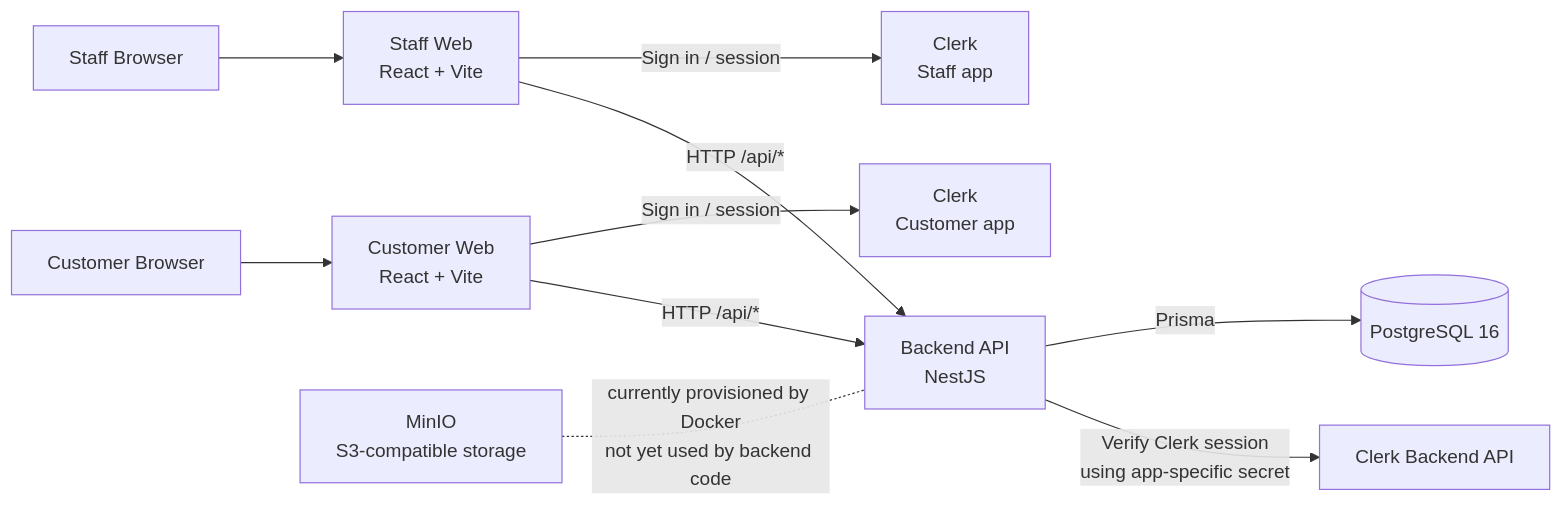
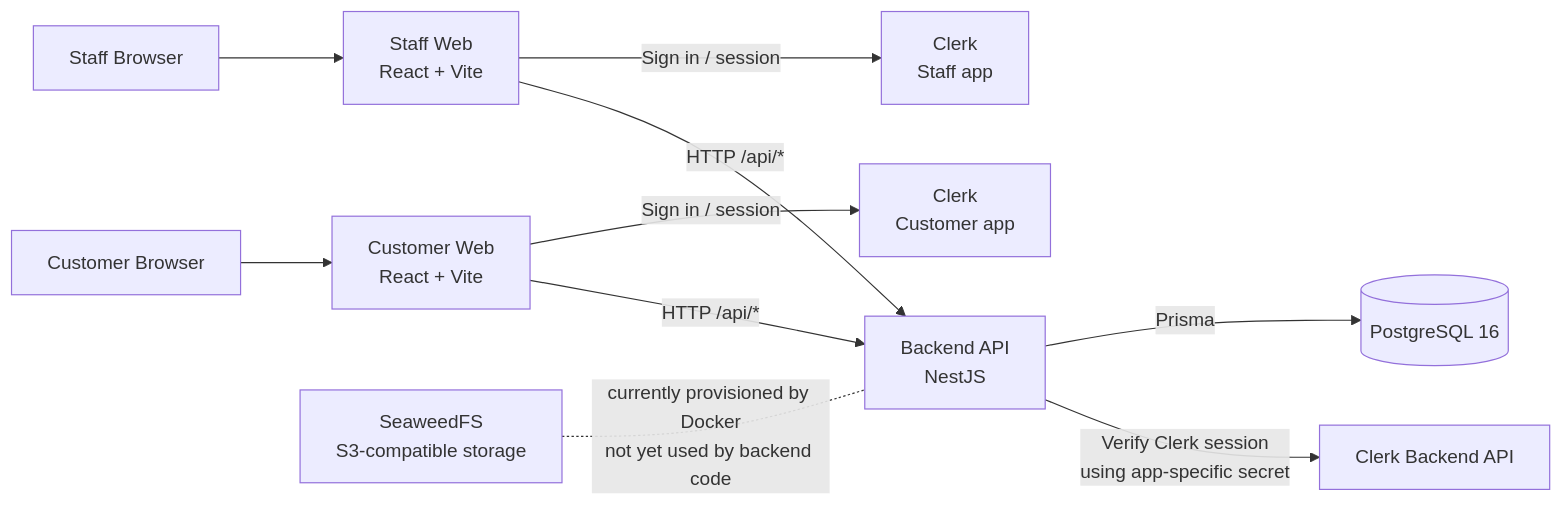
Before and after one commit to CSC290-2026-AIRLINE/airline-management-system: the diagram in docs/infra-guide.md, drawn with Mermaid. The commit also changed other lines of this file and 3 other files, not shown here.

First line of the commit message:
docs: replace MinIO with SeaweedFS references

````diff
--- a/docs/infra-guide.md
+++ b/docs/infra-guide.md
@@ -13,16 +13,16 @@
 ```mermaid
 flowchart LR
     U1[Customer Browser] --> C[Customer Web\nReact + Vite]
     U2[Staff Browser] --> S[Staff Web\nReact + Vite]
 
     C -->|HTTP /api/*| B[Backend API\nNestJS]
     S -->|HTTP /api/*| B
 
     C -->|Sign in / session| CLERK_C[Clerk\nCustomer app]
     S -->|Sign in / session| CLERK_S[Clerk\nStaff app]
 
     B -->|Verify Clerk session\nusing app-specific secret| CLERK_API[Clerk Backend API]
     B -->|Prisma| DB[(PostgreSQL 16)]
 
-    M[MinIO\nS3-compatible storage] -. currently provisioned by Docker\nnot yet used by backend code .- B
+    M[SeaweedFS\nS3-compatible storage] -. currently provisioned by Docker\nnot yet used by backend code .- B
 ```
````
